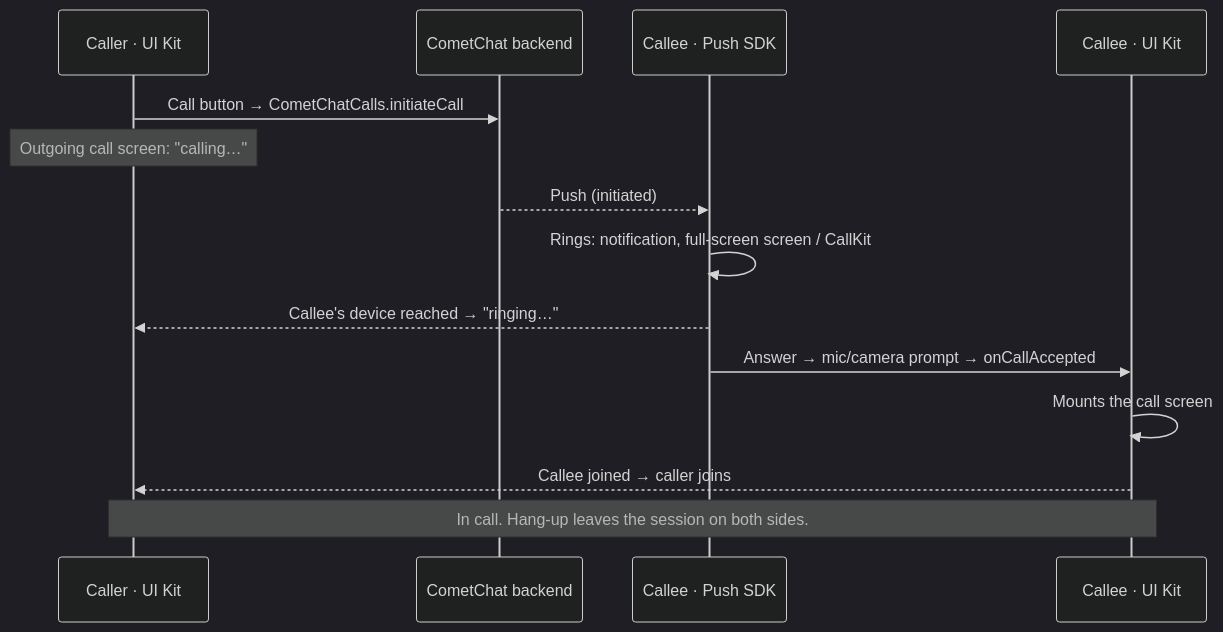
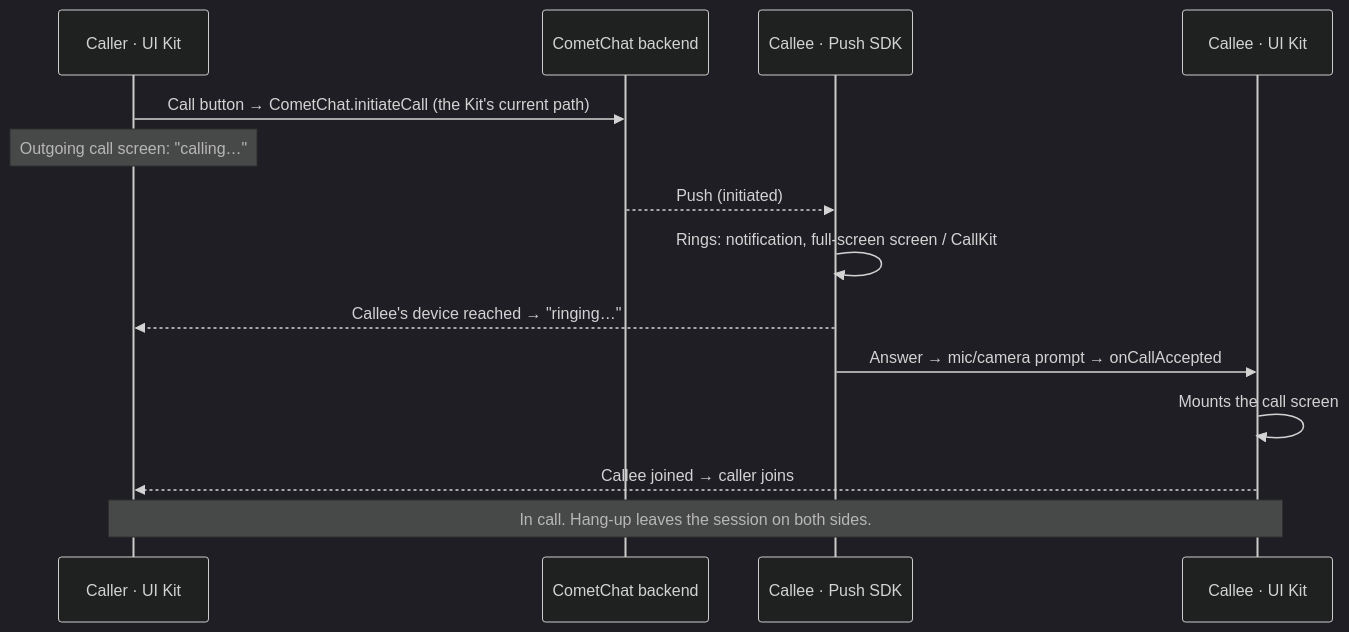
Before and after one commit to cometchat/docs: the diagram in ui-kit/react-native/calling-integration.mdx, drawn with Mermaid (dark theme). The commit also changed other lines of this file and 5 other files, not shown here.

````diff
--- a/ui-kit/react-native/calling-integration.mdx
+++ b/ui-kit/react-native/calling-integration.mdx
@@ -31,17 +31,17 @@
 ```mermaid
 sequenceDiagram
     participant A as Caller · UI Kit
     participant BE as CometChat backend
     participant P as Callee · Push SDK
     participant U as Callee · UI Kit
 
-    A->>BE: Call button → CometChatCalls.initiateCall
+    A->>BE: Call button → CometChat.initiateCall (the Kit's current path)
     Note over A: Outgoing call screen: "calling…"
     BE-->>P: Push (initiated)
     P->>P: Rings: notification, full-screen screen / CallKit
     P-->>A: Callee's device reached → "ringing…"
     P->>U: Answer → mic/camera prompt → onCallAccepted
     U->>U: Mounts the call screen
     U-->>A: Callee joined → caller joins
     Note over A,U: In call. Hang-up leaves the session on both sides.
 ```
````
